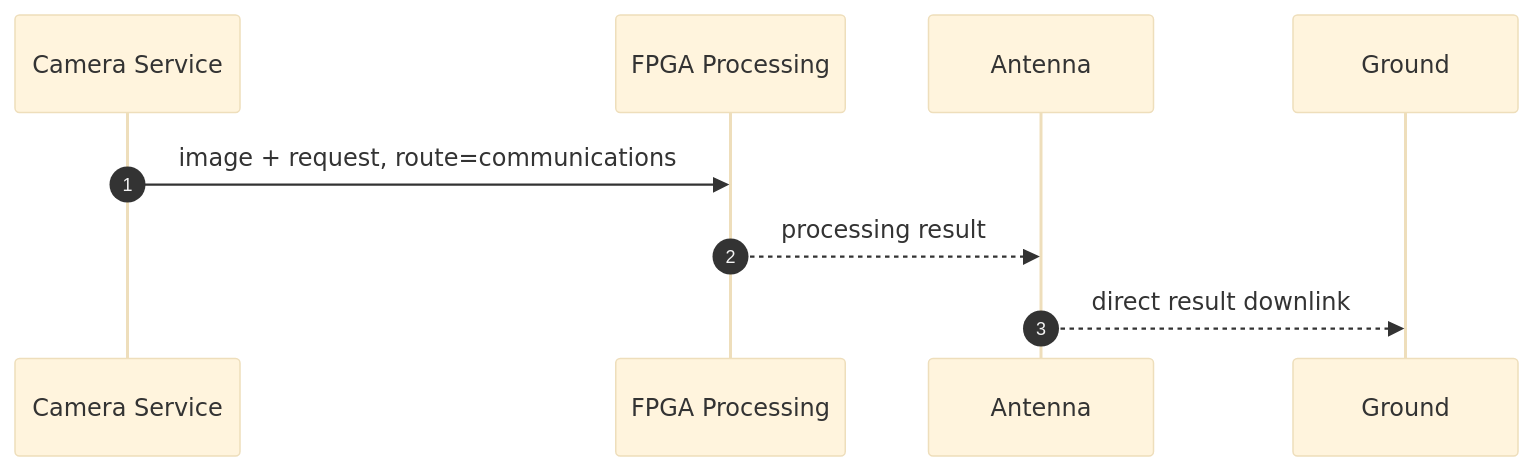
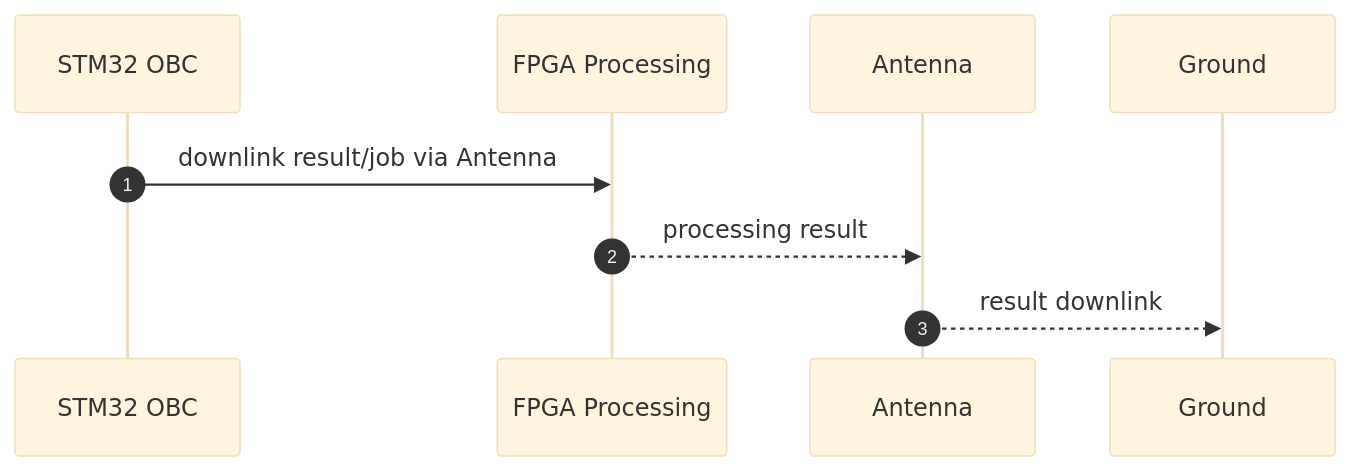
Before and after one commit to ExoSpaceLabs/exn: the fifth of 7 diagrams in docs/diagrams.md, drawn with Mermaid (base theme). The commit also changed other lines of this file, not shown here.

Commit message:
docs(exn): show OBC-controlled direct downlink

````diff
--- a/docs/diagrams.md
+++ b/docs/diagrams.md
@@ -112,12 +112,12 @@
 ```mermaid
 sequenceDiagram
   autonumber
-  participant CAM as Camera Service
+  participant MCU as STM32 OBC
   participant FPGA as FPGA Processing
   participant ANT as Antenna
   participant GS as Ground
 
-  CAM->>FPGA: image + request, route=communications
+  MCU->>FPGA: downlink result/job via Antenna
   FPGA-->>ANT: processing result
-  ANT-->>GS: direct result downlink
+  ANT-->>GS: result downlink
 ```
````
